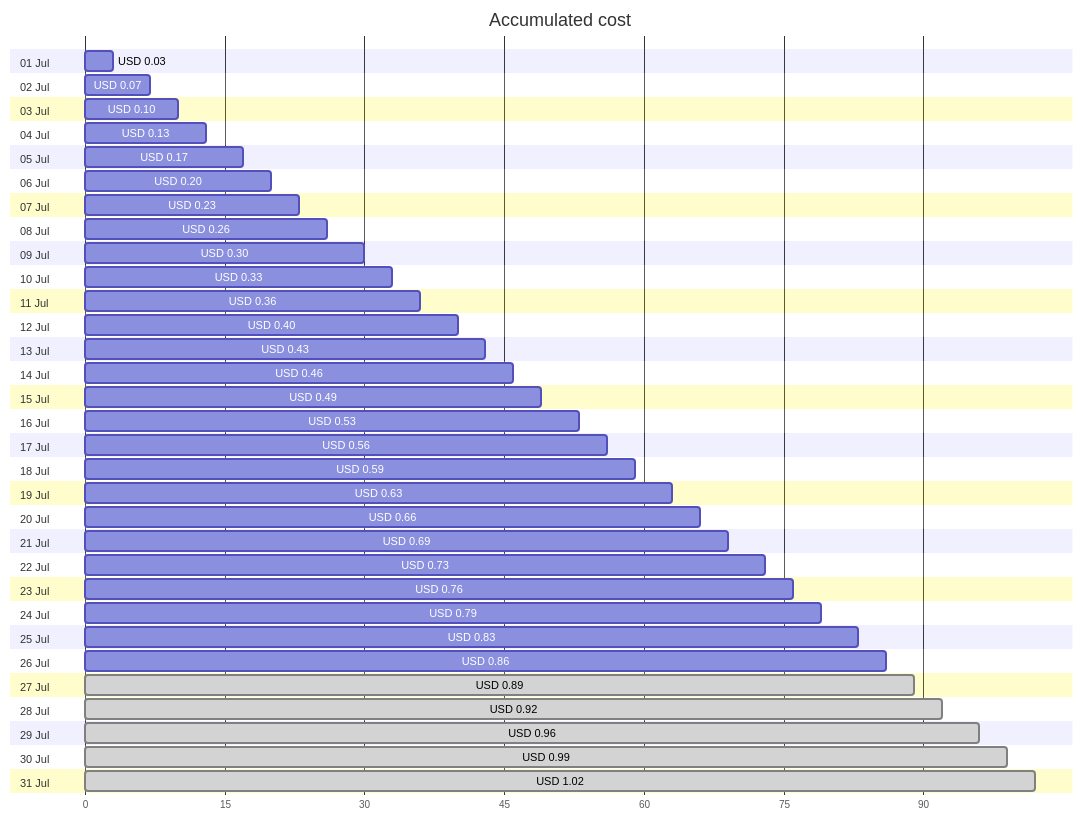
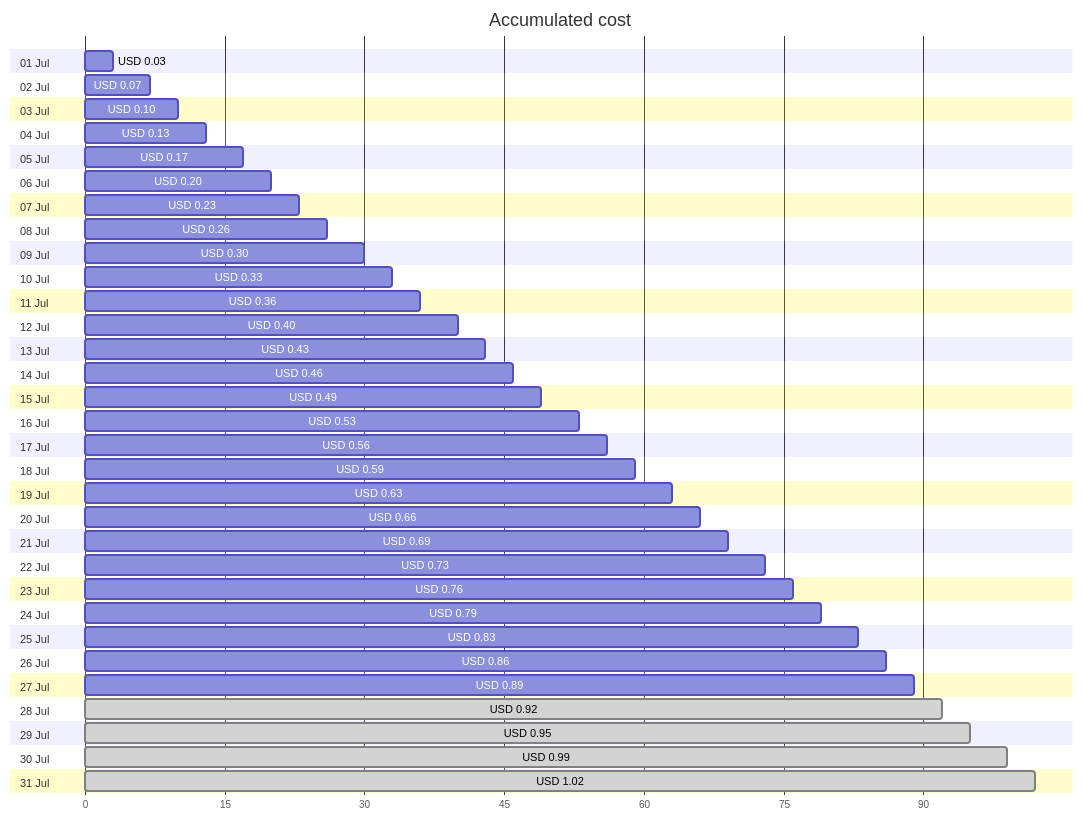
Before and after one commit to jpfulton/azure-personal-reports: the first of 4 diagrams in cost-reports/personal-dns/README.md, drawn with Mermaid. The commit also changed other lines of this file and 2 other files, not shown here.

````diff
--- a/cost-reports/personal-dns/README.md
+++ b/cost-reports/personal-dns/README.md
@@ -20,68 +20,68 @@
 ```mermaid
 gantt
    title Accumulated cost
    dateFormat  X
    axisFormat %s
    section 01 Jul
    USD 0.03 :0, 3
    section 02 Jul
    USD 0.07 :0, 7
    section 03 Jul
    USD 0.10 :0, 10
    section 04 Jul
    USD 0.13 :0, 13
    section 05 Jul
    USD 0.17 :0, 17
    section 06 Jul
    USD 0.20 :0, 20
    section 07 Jul
    USD 0.23 :0, 23
    section 08 Jul
    USD 0.26 :0, 26
    section 09 Jul
    USD 0.30 :0, 30
    section 10 Jul
    USD 0.33 :0, 33
    section 11 Jul
    USD 0.36 :0, 36
    section 12 Jul
    USD 0.40 :0, 40
    section 13 Jul
    USD 0.43 :0, 43
    section 14 Jul
    USD 0.46 :0, 46
    section 15 Jul
    USD 0.49 :0, 49
    section 16 Jul
    USD 0.53 :0, 53
    section 17 Jul
    USD 0.56 :0, 56
    section 18 Jul
    USD 0.59 :0, 59
    section 19 Jul
    USD 0.63 :0, 63
    section 20 Jul
    USD 0.66 :0, 66
    section 21 Jul
    USD 0.69 :0, 69
    section 22 Jul
    USD 0.73 :0, 73
    section 23 Jul
    USD 0.76 :0, 76
    section 24 Jul
    USD 0.79 :0, 79
    section 25 Jul
    USD 0.83 :0, 83
    section 26 Jul
    USD 0.86 :0, 86
    section 27 Jul
-   USD 0.89 : done, 0, 89
+   USD 0.89 :0, 89
    section 28 Jul
    USD 0.92 : done, 0, 92
    section 29 Jul
-   USD 0.96 : done, 0, 96
+   USD 0.95 : done, 0, 95
    section 30 Jul
    USD 0.99 : done, 0, 99
    section 31 Jul
    USD 1.02 : done, 0, 102
 ```
````
